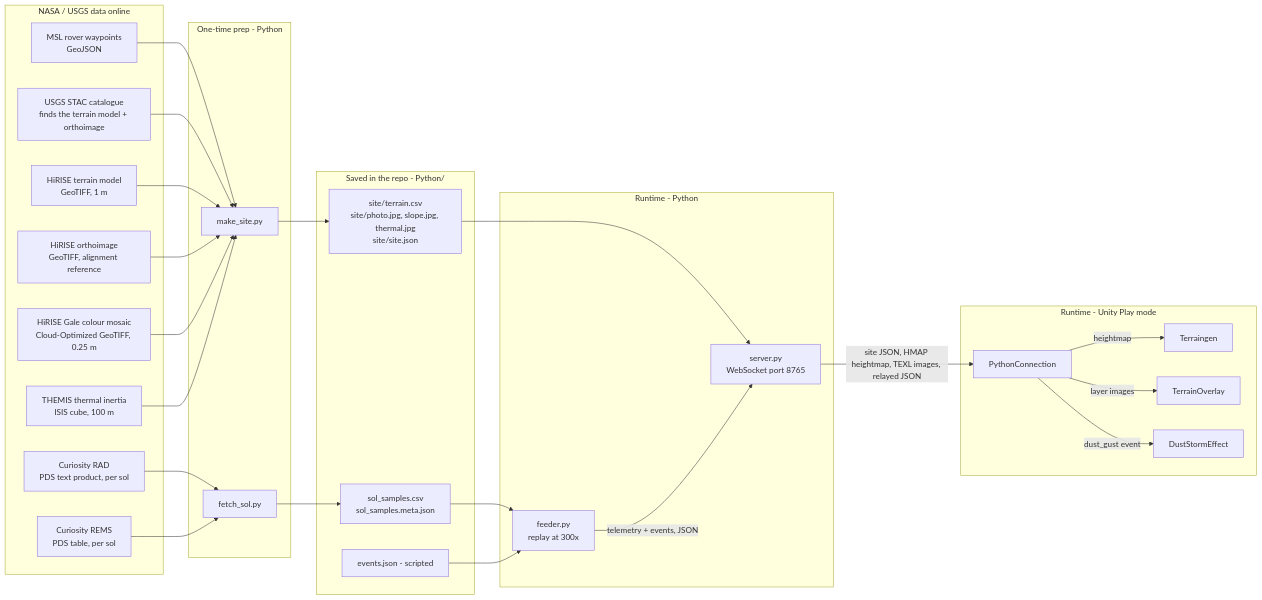
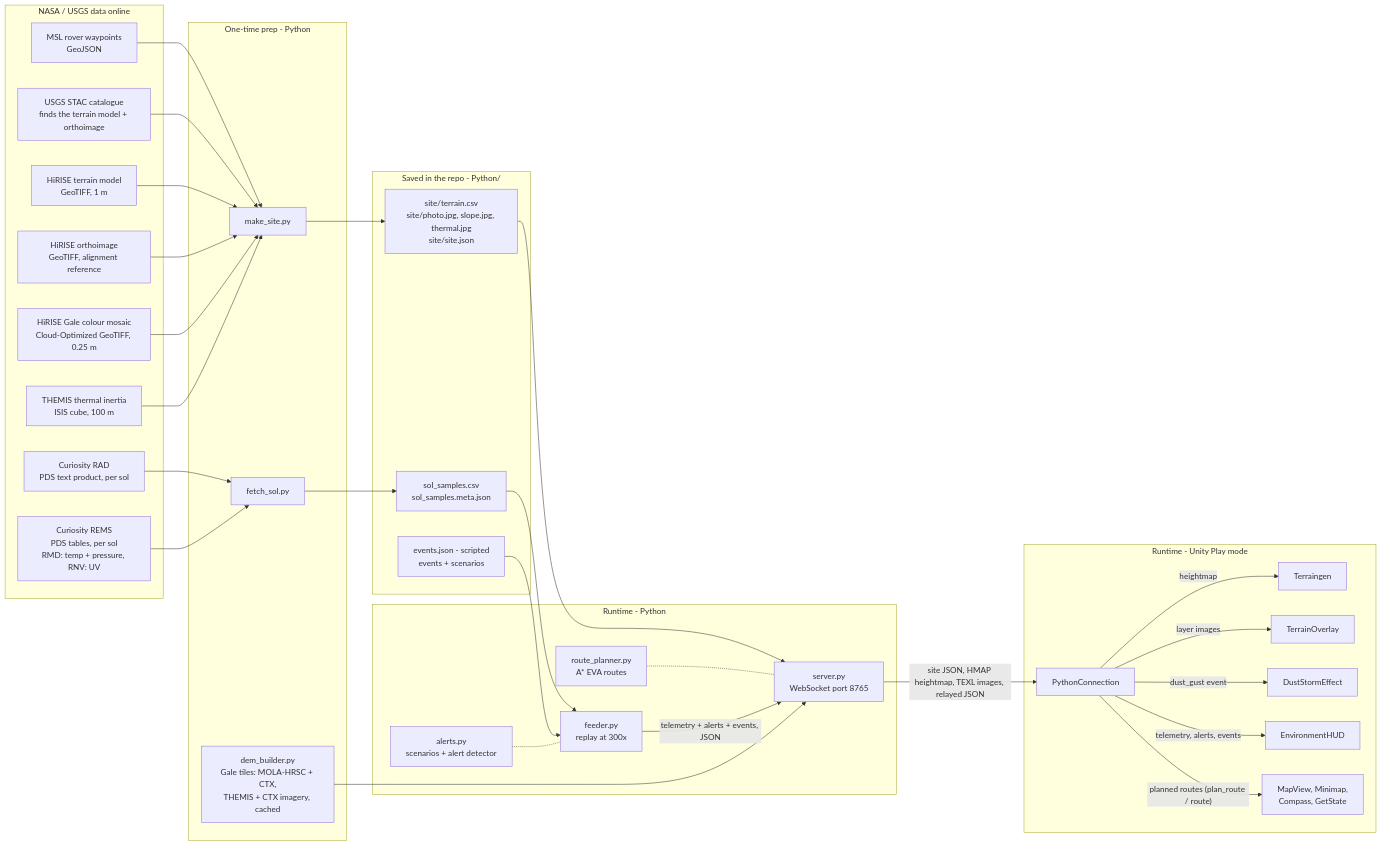
One commit to knightofthegrey/Marsmap changed the first of 5 diagrams in docs/PROJECT_REPORT.md. Above: the diagram before and after it, drawn with Mermaid. The commit also changed other lines of this file and 5 other files, not shown here.

````diff
--- a/docs/PROJECT_REPORT.md
+++ b/docs/PROJECT_REPORT.md
@@ -80,50 +87,60 @@
 ```mermaid
 flowchart LR
   subgraph NASA["NASA / USGS data online"]
     WP["MSL rover waypoints<br/>GeoJSON"]
     STAC["USGS STAC catalogue<br/>finds the terrain model + orthoimage"]
     DTM["HiRISE terrain model<br/>GeoTIFF, 1 m"]
     OR["HiRISE orthoimage<br/>GeoTIFF, alignment reference"]
     PH["HiRISE Gale colour mosaic<br/>Cloud-Optimized GeoTIFF, 0.25 m"]
     TI["THEMIS thermal inertia<br/>ISIS cube, 100 m"]
     RAD["Curiosity RAD<br/>PDS text product, per sol"]
-    REMS["Curiosity REMS<br/>PDS table, per sol"]
+    REMS["Curiosity REMS<br/>PDS tables, per sol<br/>RMD: temp + pressure, RNV: UV"]
   end
   subgraph PREP["One-time prep - Python"]
     MS["make_site.py"]
     FS["fetch_sol.py"]
+    DB["dem_builder.py<br/>Gale tiles: MOLA-HRSC + CTX,<br/>THEMIS + CTX imagery, cached"]
   end
   subgraph FILES["Saved in the repo - Python/"]
     SITE["site/terrain.csv<br/>site/photo.jpg, slope.jpg, thermal.jpg<br/>site/site.json"]
     SOL["sol_samples.csv<br/>sol_samples.meta.json"]
-    EV["events.json - scripted"]
+    EV["events.json - scripted<br/>events + scenarios"]
   end
   subgraph RUN["Runtime - Python"]
     SRV["server.py<br/>WebSocket port 8765"]
     FD["feeder.py<br/>replay at 300x"]
+    AL["alerts.py<br/>scenarios + alert detector"]
+    RP["route_planner.py<br/>A* EVA routes"]
   end
   subgraph UNITY["Runtime - Unity Play mode"]
     PC["PythonConnection"]
     TG["Terraingen"]
     TO["TerrainOverlay"]
     DS["DustStormEffect"]
+    EH["EnvironmentHUD"]
+    MV["MapView, Minimap,<br/>Compass, GetState"]
   end
   WP --> MS
   STAC --> MS
   DTM --> MS
   OR --> MS
   PH --> MS
   TI --> MS
   RAD --> FS
   REMS --> FS
   MS --> SITE
   FS --> SOL
   SITE --> SRV
+  DB --> SRV
+  RP -.- SRV
   SOL --> FD
   EV --> FD
-  FD -- "telemetry + events, JSON" --> SRV
+  AL -.- FD
+  FD -- "telemetry + alerts + events, JSON" --> SRV
   SRV -- "site JSON, HMAP heightmap, TEXL images, relayed JSON" --> PC
   PC -- "heightmap" --> TG
   PC -- "layer images" --> TO
   PC -- "dust_gust event" --> DS
+  PC -- "telemetry, alerts, events" --> EH
+  PC -- "planned routes (plan_route / route)" --> MV
 ```
````
